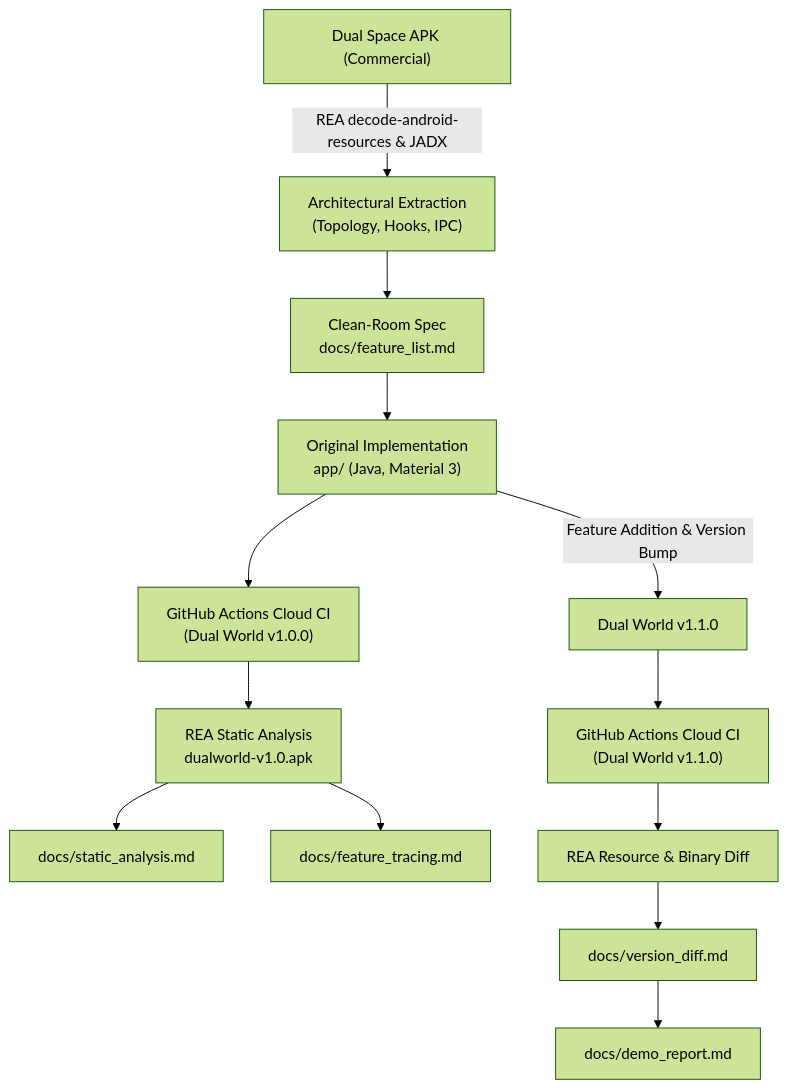
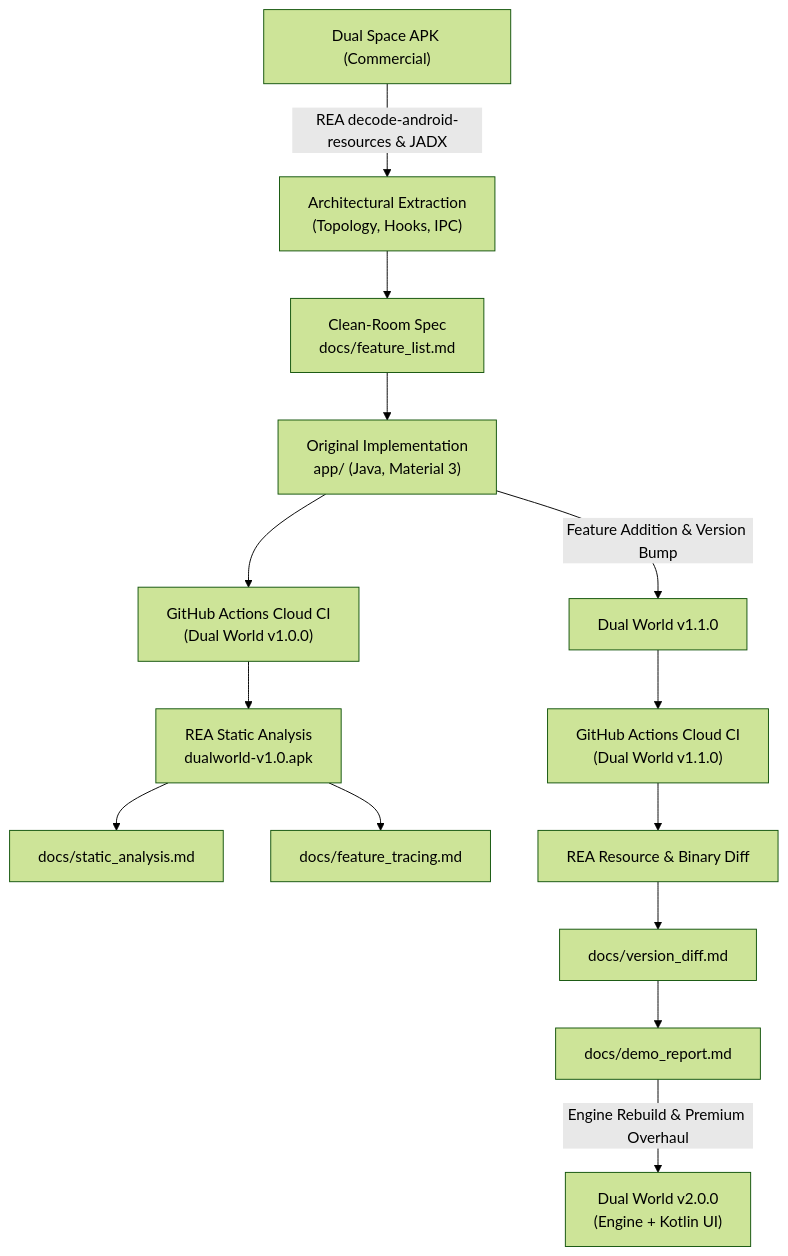
Before and after one commit to errordrive/dual-world: the diagram in docs/demo_report.md, drawn with Mermaid (forest theme). The commit also changed other lines of this file and 82 other files, not shown here.

Commit message:
feat: working virtual engine + premium UI v2.0

````diff
--- a/docs/demo_report.md
+++ b/docs/demo_report.md
@@ -21,15 +22,16 @@
 ```mermaid
 flowchart TD
     A["Dual Space APK (Commercial)"] -->|"REA decode-android-resources & JADX"| B["Architectural Extraction\n(Topology, Hooks, IPC)"]
     B --> C["Clean-Room Spec\ndocs/feature_list.md"]
     C --> D["Original Implementation\napp/ (Java, Material 3)"]
     D --> E["GitHub Actions Cloud CI\n(Dual World v1.0.0)"]
     E --> F["REA Static Analysis\ndualworld-v1.0.apk"]
     F --> G["docs/static_analysis.md"]
     F --> H["docs/feature_tracing.md"]
     D -->|"Feature Addition & Version Bump"| I["Dual World v1.1.0"]
     I --> J["GitHub Actions Cloud CI\n(Dual World v1.1.0)"]
     J --> K["REA Resource & Binary Diff"]
     K --> L["docs/version_diff.md"]
     L --> M["docs/demo_report.md"]
+    M -->|"Engine Rebuild & Premium Overhaul"| N["Dual World v2.0.0\n(Engine + Kotlin UI)"]
 ```
````
